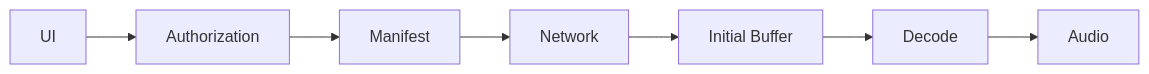
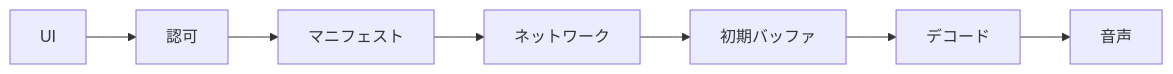
Before and after one commit to ShigeichiroYamasaki/creator-first-platform: the fourth of 47 diagrams in docs/whitepaper/12-infrastructure-cost.md, drawn with Mermaid. The commit also changed other lines of this file and 72 other files, not shown here.

````diff
--- a/docs/whitepaper/12-infrastructure-cost.md
+++ b/docs/whitepaper/12-infrastructure-cost.md
@@ -180,12 +180,12 @@
 ```mermaid
 flowchart LR
     UI[UI]
-    AUTH[Authorization]
-    MANIFEST[Manifest]
-    NET[Network]
-    BUFFER[Initial Buffer]
-    DECODE[Decode]
-    AUDIO[Audio]
+    AUTH[認可]
+    MANIFEST[マニフェスト]
+    NET[ネットワーク]
+    BUFFER[初期バッファ]
+    DECODE[デコード]
+    AUDIO[音声]
 
     UI --> AUTH --> MANIFEST --> NET --> BUFFER --> DECODE --> AUDIO
 ```
````
